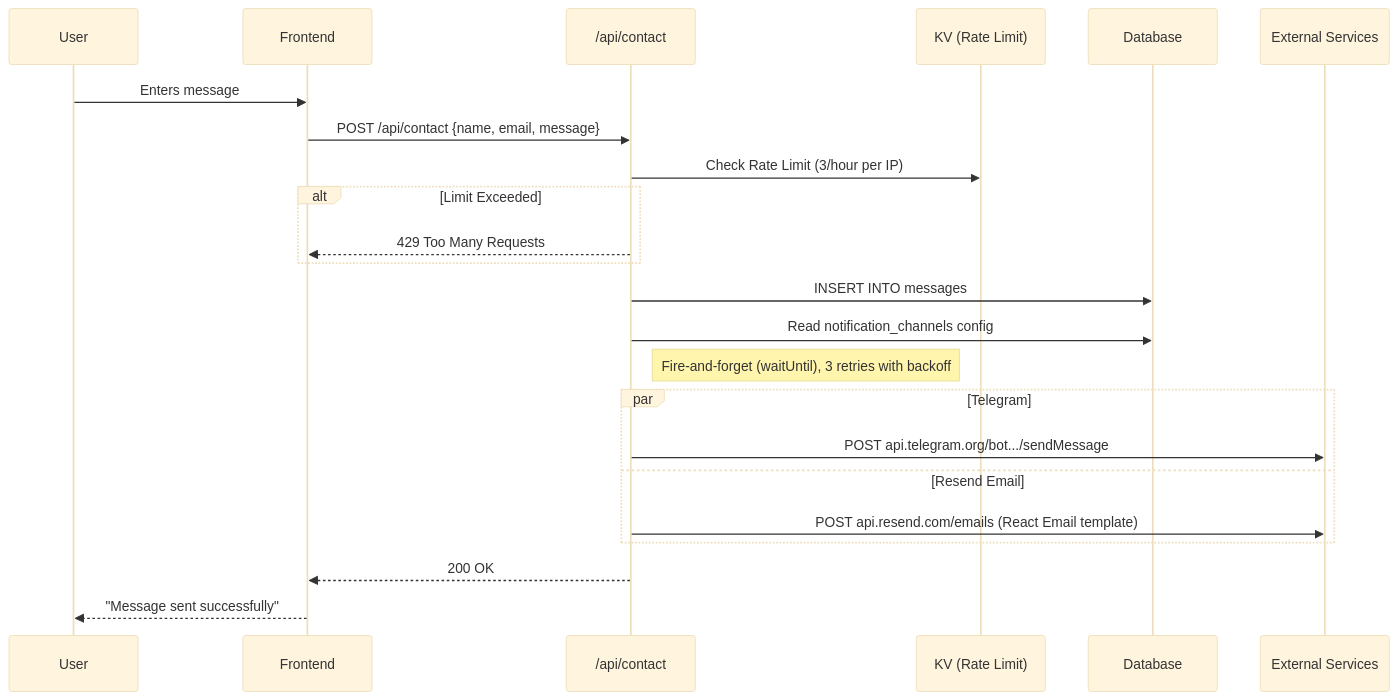
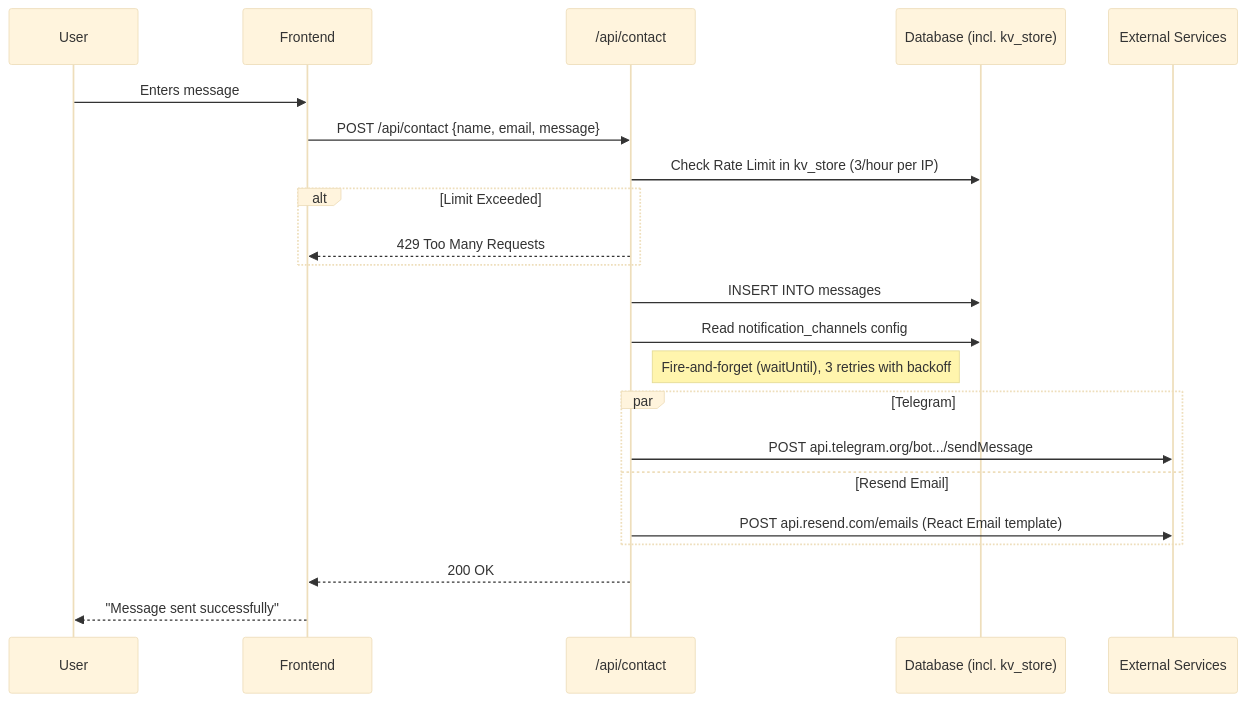
The second of 3 diagrams in docs/architecture.md (aphf/bweb), drawn with Mermaid (base theme) before and after one commit. The commit also changed other lines of this file and 2 other files, not shown here.

Commit message:
docs: describe d1 kv_store and idle spotify caching

````diff
--- a/docs/architecture.md
+++ b/docs/architecture.md
@@ -40,28 +39,27 @@
 ```mermaid
 sequenceDiagram
     participant User
     participant Frontend
     participant API as /api/contact
-    participant KV as KV (Rate Limit)
-    participant D1 as Database
+    participant D1 as Database (incl. kv_store)
     participant Ext as External Services
 
     User->>Frontend: Enters message
     Frontend->>API: POST /api/contact {name, email, message}
-    API->>KV: Check Rate Limit (3/hour per IP)
+    API->>D1: Check Rate Limit in kv_store (3/hour per IP)
     alt Limit Exceeded
         API-->>Frontend: 429 Too Many Requests
     end
     API->>D1: INSERT INTO messages
     API->>D1: Read notification_channels config
 
     Note right of API: Fire-and-forget (waitUntil), 3 retries with backoff
     par Telegram
         API->>Ext: POST api.telegram.org/bot.../sendMessage
     and Resend Email
         API->>Ext: POST api.resend.com/emails (React Email template)
     end
 
     API-->>Frontend: 200 OK
     Frontend-->>User: "Message sent successfully"
 ```
````
